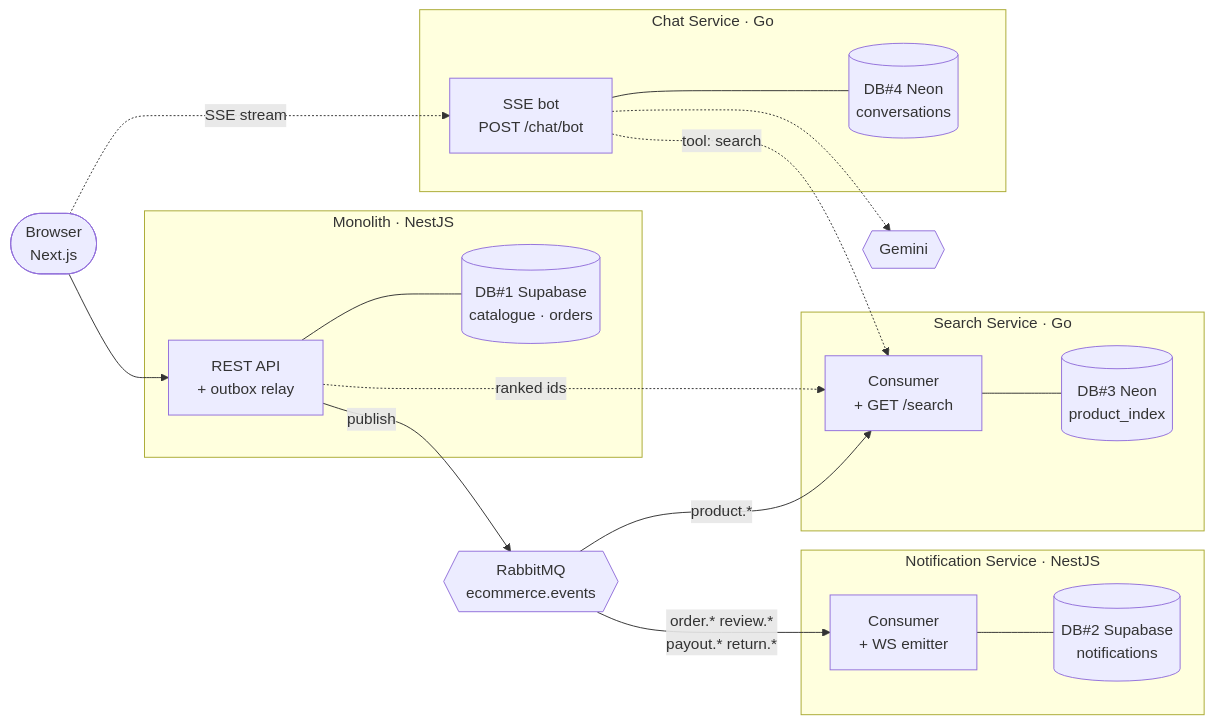
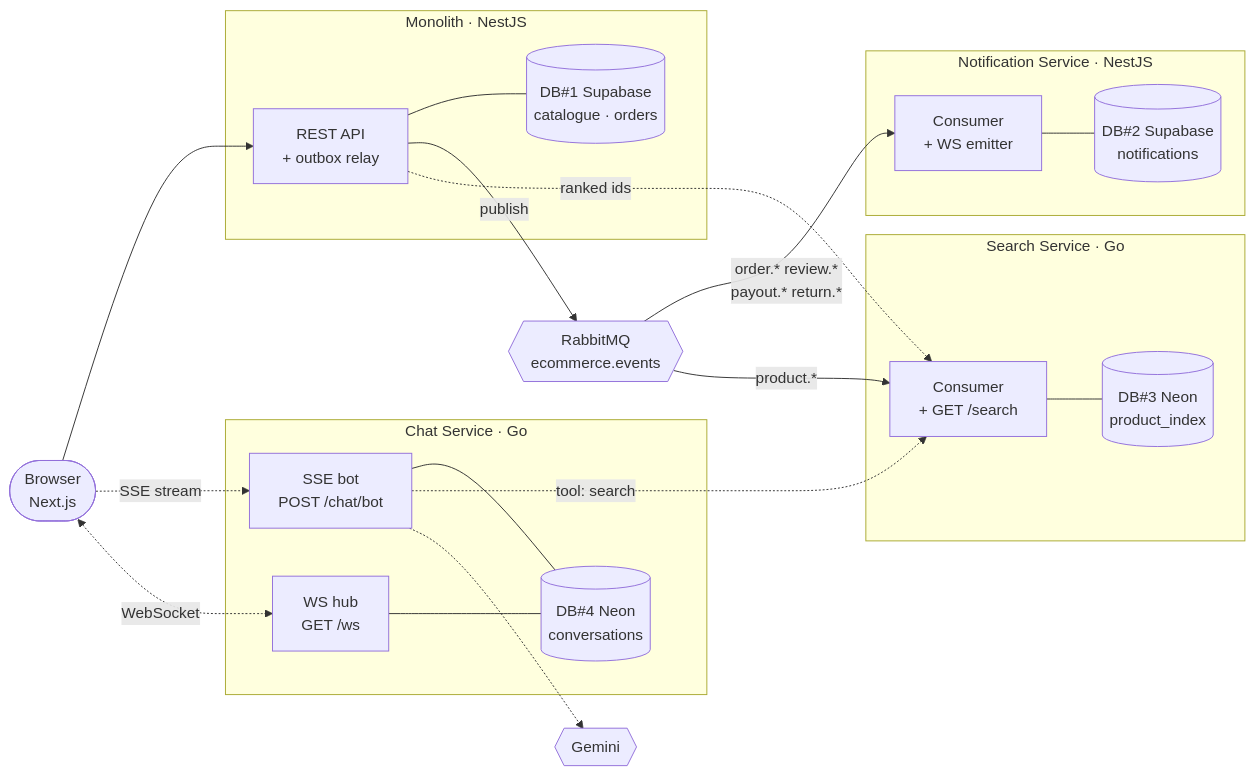
One commit to chaugiakhang193/fullstack-multi-vendor-ecommerce changed the first of 5 diagrams in README.md. Above: the diagram before and after it, drawn with Mermaid. The commit also changed other lines of this file, not shown here.

````diff
--- a/README.md
+++ b/README.md
@@ -80,41 +83,44 @@
 ```mermaid
 flowchart LR
     CLIENT(["Browser<br/>Next.js"])
 
     subgraph Mono["Monolith · NestJS"]
         API["REST API<br/>+ outbox relay"]
         DB1[("DB#1 Supabase<br/>catalogue · orders")]
     end
 
     MQ{{"RabbitMQ<br/>ecommerce.events"}}
 
     subgraph NSvc["Notification Service · NestJS"]
         NSC["Consumer<br/>+ WS emitter"]
         DB2[("DB#2 Supabase<br/>notifications")]
     end
 
     subgraph SSvc["Search Service · Go"]
         SC["Consumer<br/>+ GET /search"]
         DB3[("DB#3 Neon<br/>product_index")]
     end
 
     subgraph CSvc["Chat Service · Go"]
         CC["SSE bot<br/>POST /chat/bot"]
+        CW["WS hub<br/>GET /ws"]
         DB4[("DB#4 Neon<br/>conversations")]
     end
 
     GEM{{"Gemini"}}
 
     CLIENT --> API
     API --- DB1
     API -->|publish| MQ
     MQ -->|"order.* review.*<br/>payout.* return.*"| NSC
     MQ -->|"product.*"| SC
     NSC --- DB2
     SC --- DB3
     API -.->|"ranked ids"| SC
     CLIENT -.->|"SSE stream"| CC
+    CLIENT <-.->|"WebSocket"| CW
     CC --- DB4
+    CW --- DB4
     CC -.->|"tool: search"| SC
     CC -.-> GEM
 ```
````
